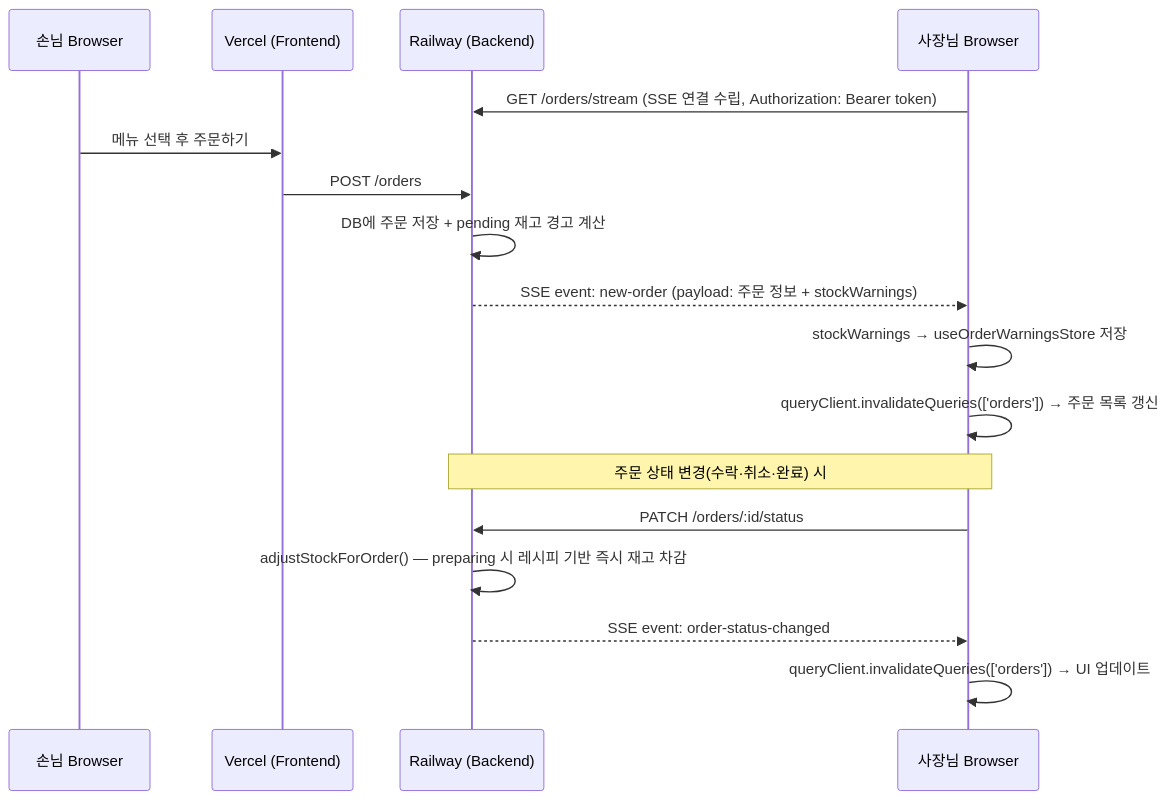
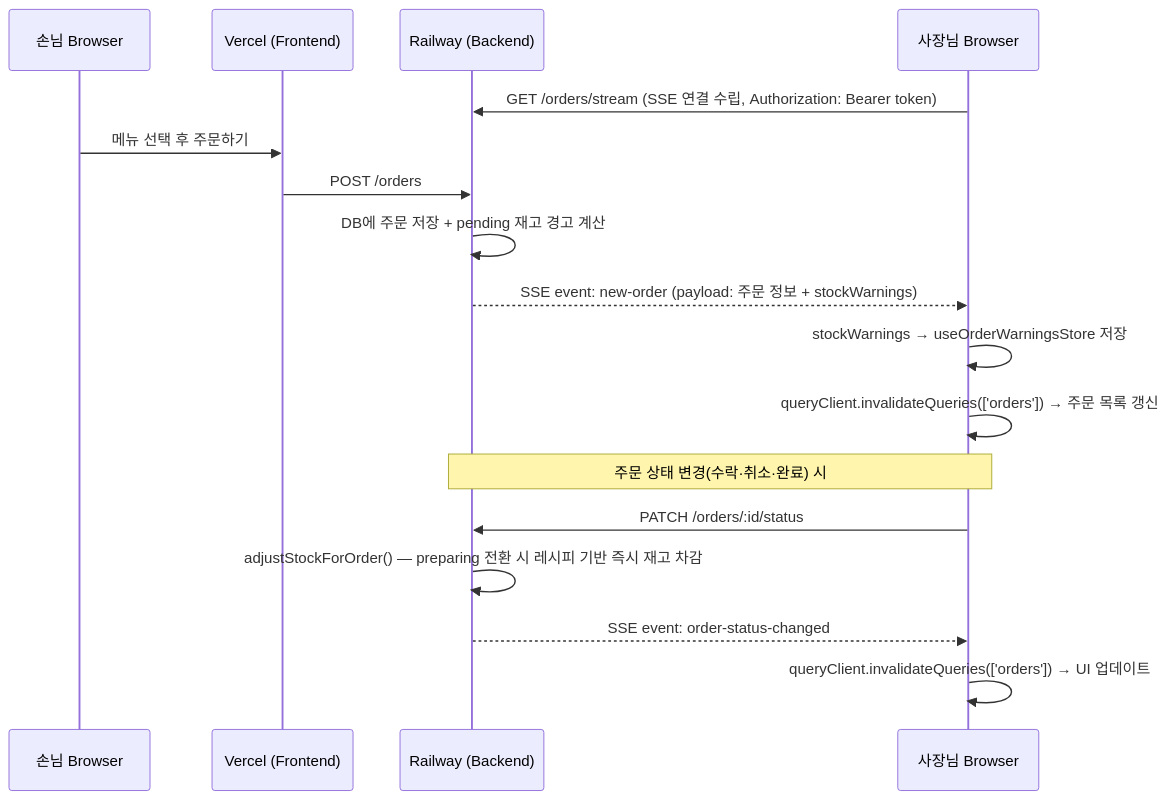
The first of 5 diagrams in profile/README.md (from-knu-import-potato/.github), drawn with Mermaid before and after one commit. The commit also changed other lines of this file, not shown here.

````diff
--- a/profile/README.md
+++ b/profile/README.md
@@ -237,21 +510,21 @@
 ```mermaid
 sequenceDiagram
     participant G as 손님 Browser
     participant F as Vercel (Frontend)
     participant B as Railway (Backend)
     participant O as 사장님 Browser
 
     O->>B: GET /orders/stream (SSE 연결 수립, Authorization: Bearer token)
     G->>F: 메뉴 선택 후 주문하기
     F->>B: POST /orders
     B->>B: DB에 주문 저장 + pending 재고 경고 계산
     B-->>O: SSE event: new-order (payload: 주문 정보 + stockWarnings)
     O->>O: stockWarnings → useOrderWarningsStore 저장
     O->>O: queryClient.invalidateQueries(['orders']) → 주문 목록 갱신
 
     Note over O,B: 주문 상태 변경(수락·취소·완료) 시
     O->>B: PATCH /orders/:id/status
-    B->>B: adjustStockForOrder() — preparing 시 레시피 기반 즉시 재고 차감
+    B->>B: adjustStockForOrder() — preparing 전환 시 레시피 기반 즉시 재고 차감
     B-->>O: SSE event: order-status-changed
     O->>O: queryClient.invalidateQueries(['orders']) → UI 업데이트
 ```
````
